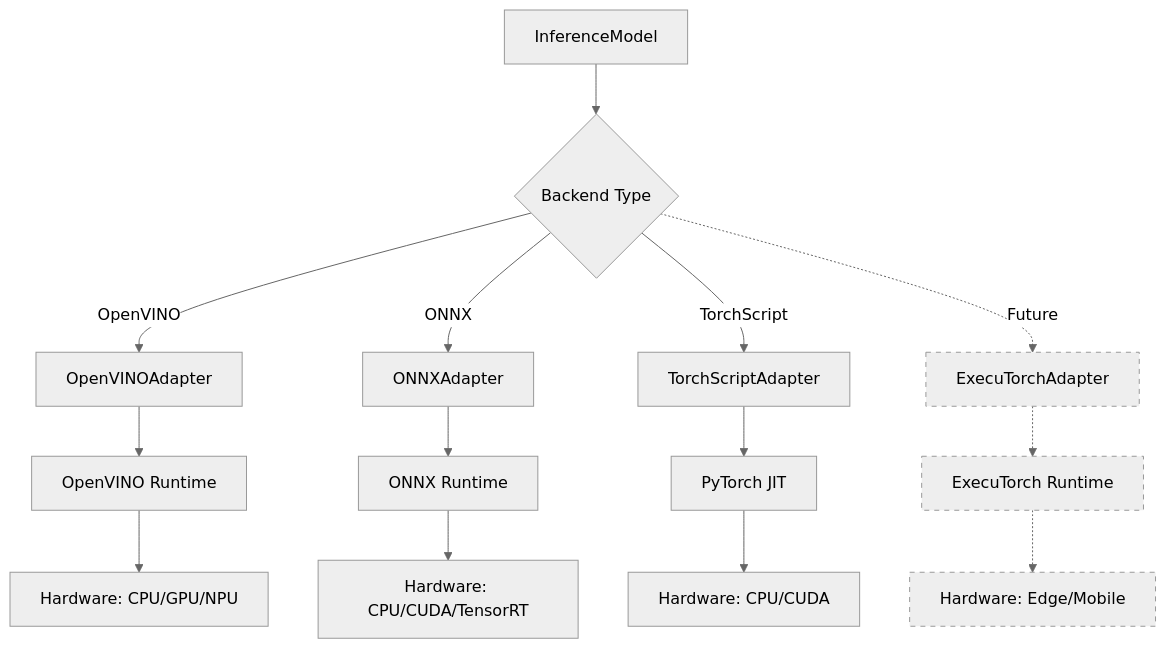
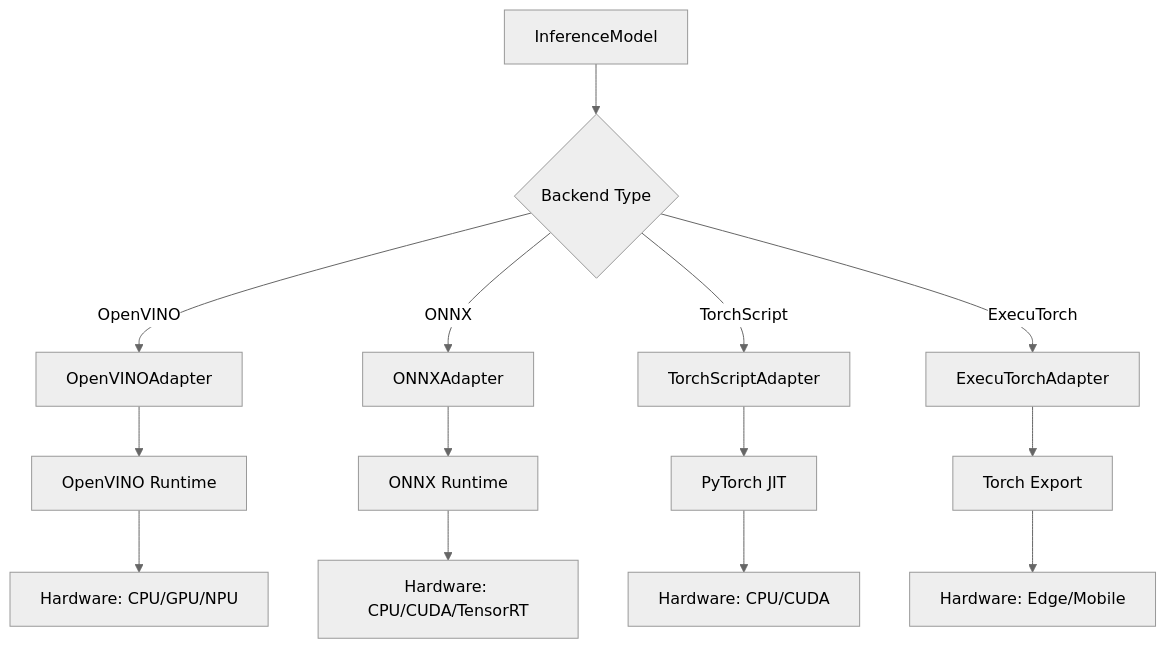
The first of 4 diagrams in library/docs/design/inference/overview.md (open-edge-platform/physical-ai-studio), drawn with Mermaid (neutral theme) before and after one commit. The commit also changed other lines of this file and 3 other files, not shown here.

Commit message:
feat: Add ExecuTorchAdapter for Torch Export IR inference support

````diff
--- a/library/docs/design/inference/overview.md
+++ b/library/docs/design/inference/overview.md
@@ -60,22 +61,18 @@
 ```mermaid
 graph TD
     A[InferenceModel] --> B{Backend Type}
     B -->|OpenVINO| C[OpenVINOAdapter]
     B -->|ONNX| D[ONNXAdapter]
     B -->|TorchScript| E[TorchScriptAdapter]
-    B -.->|Future| F[ExecuTorchAdapter]
+    B -->|ExecuTorch| F[ExecuTorchAdapter]
 
     C --> G[OpenVINO Runtime]
     D --> H[ONNX Runtime]
     E --> I[PyTorch JIT]
-    F -.-> J[ExecuTorch Runtime]
+    F --> J[Torch Export]
 
     G --> K[Hardware: CPU/GPU/NPU]
     H --> L[Hardware: CPU/CUDA/TensorRT]
     I --> M[Hardware: CPU/CUDA]
-    J -.-> N[Hardware: Edge/Mobile]
-
-    style F stroke-dasharray: 5 5
-    style J stroke-dasharray: 5 5
-    style N stroke-dasharray: 5 5
+    J --> N[Hardware: Edge/Mobile]
 ```
````
